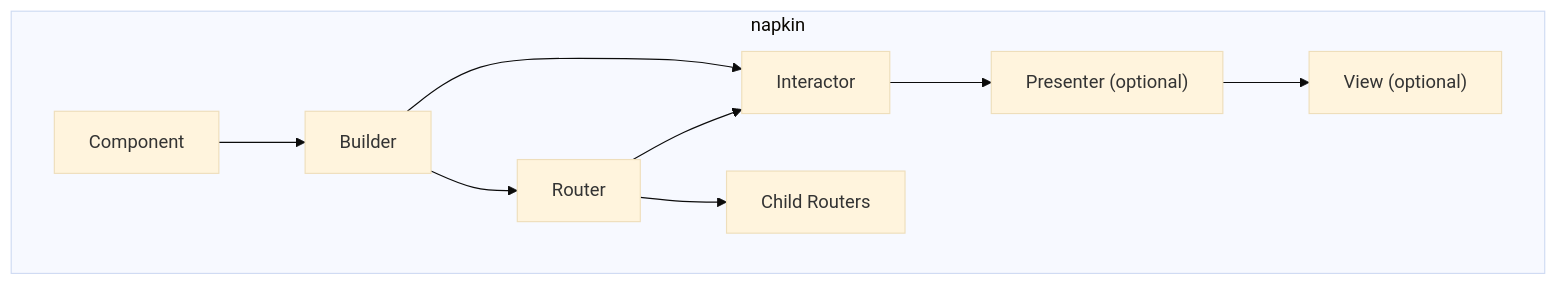
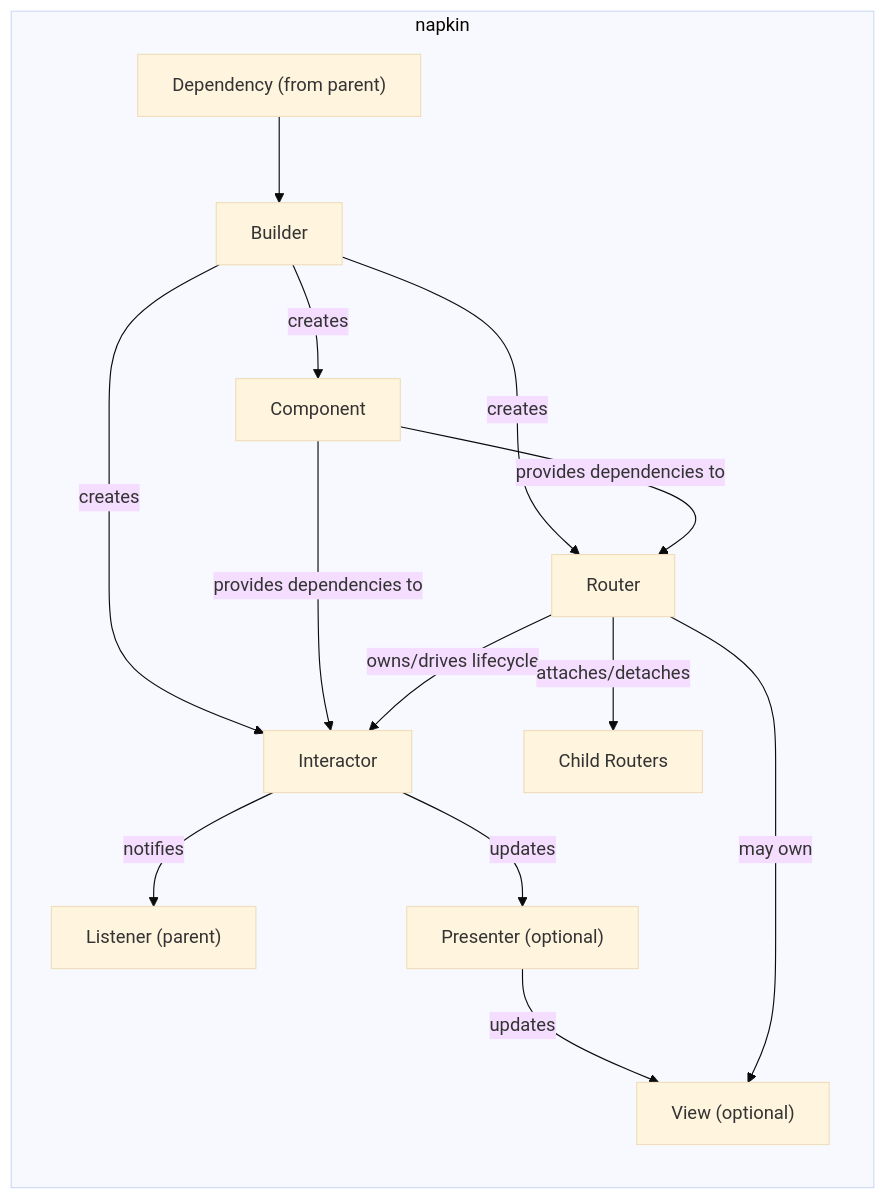
Before and after one commit to WikipediaBrown/napkin: the diagram in README.md, drawn with Mermaid (base theme).

Commit message:
updated diagrams in readme

````diff
--- a/README.md
+++ b/README.md
@@ -61,12 +61,18 @@
 ```mermaid
 flowchart TB
     subgraph napkin["napkin"]
-        Builder --> Router
-        Builder --> Interactor
-        Component --> Builder
-        Router --> Interactor
-        Router --> ChildRouters["Child Routers"]
-        Interactor --> Presenter["Presenter (optional)"]
-        Presenter --> View["View (optional)"]
+        direction TB
+        Dependency["Dependency (from parent)"] --> Builder
+        Builder -- creates --> Component
+        Builder -- creates --> Interactor
+        Builder -- creates --> Router
+        Component -- provides dependencies to --> Interactor
+        Component -- provides dependencies to --> Router
+        Router -- owns/drives lifecycle --> Interactor
+        Router -- attaches/detaches --> ChildRouters["Child Routers"]
+        Interactor -- notifies --> Listener["Listener (parent)"]
+        Interactor -- updates --> Presenter["Presenter (optional)"]
+        Presenter -- updates --> View["View (optional)"]
+        Router -- may own --> View
     end
 ```
````
